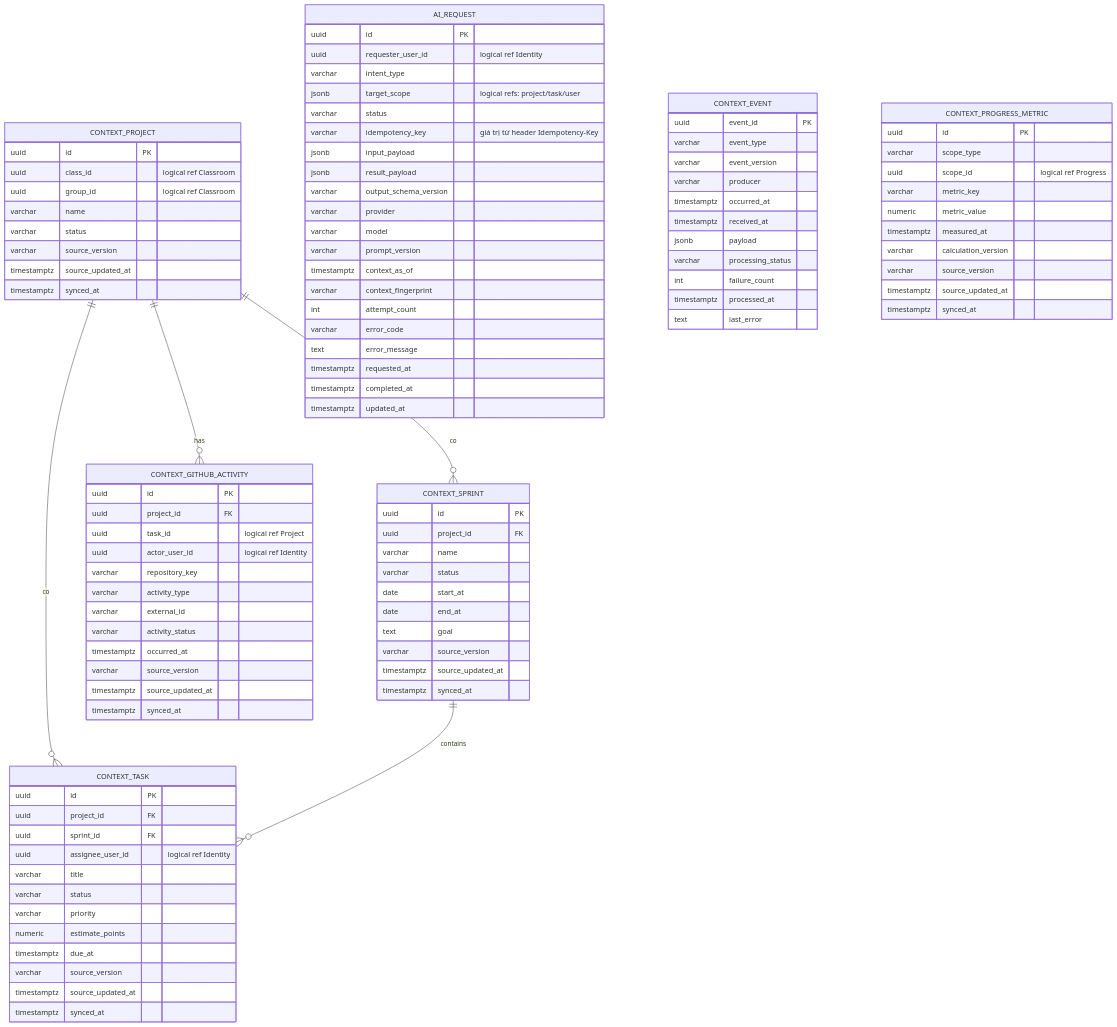
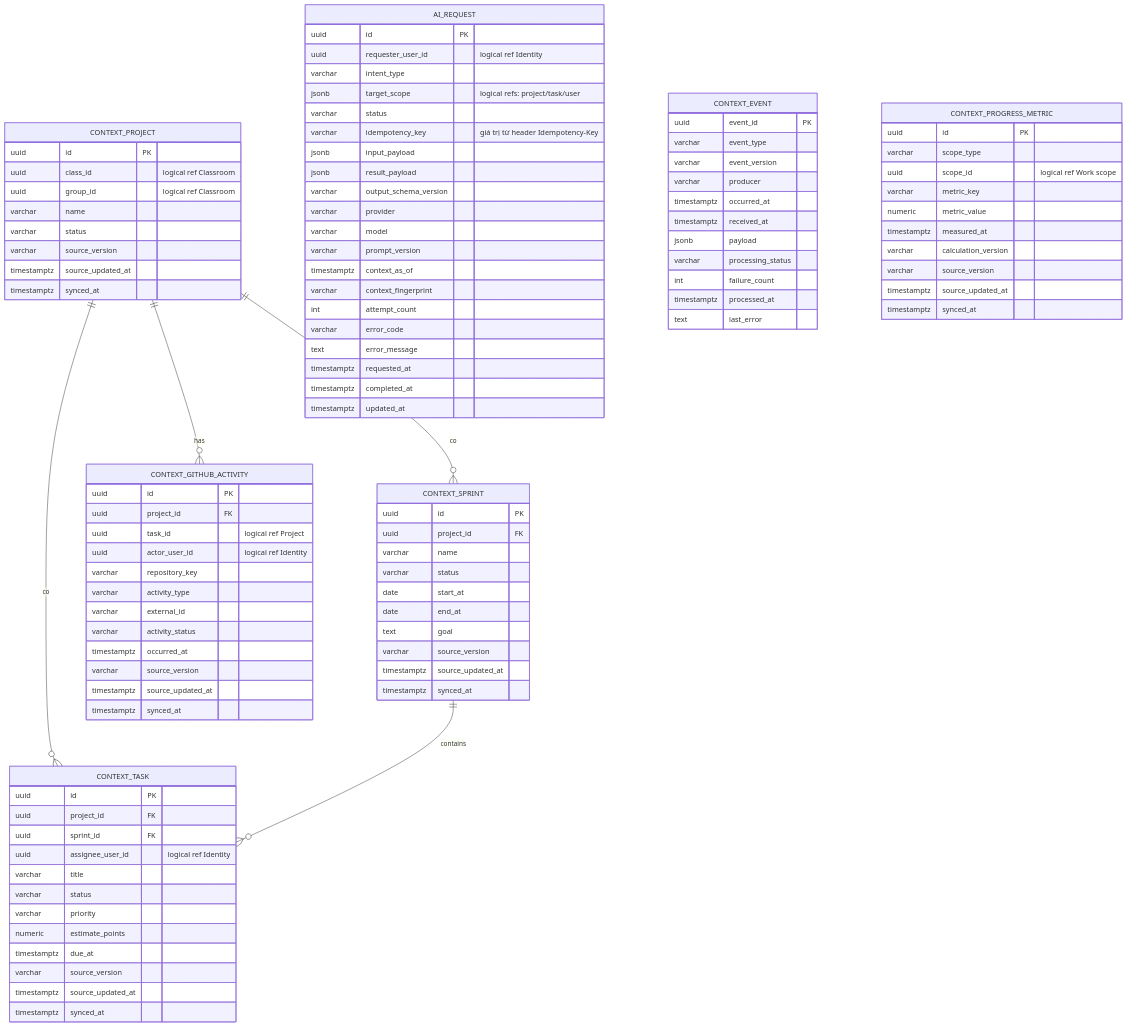
Before and after one commit to TriNguyenThanh/UTask: the diagram in docs/ai-service/erd.md, drawn with Mermaid. The commit also changed other lines of this file and 80 other files, not shown here.

First line of the commit message:
docs(ai-service): add architecture baseline and storage documentation

```diff
--- a/docs/ai-service/erd.md
+++ b/docs/ai-service/erd.md
@@ -116,7 +122,7 @@
     CONTEXT_PROGRESS_METRIC {
         uuid id PK
         varchar scope_type
-        uuid scope_id "logical ref Progress"
+        uuid scope_id "logical ref Work scope"
         varchar metric_key
         numeric metric_value
         timestamptz measured_at
```
